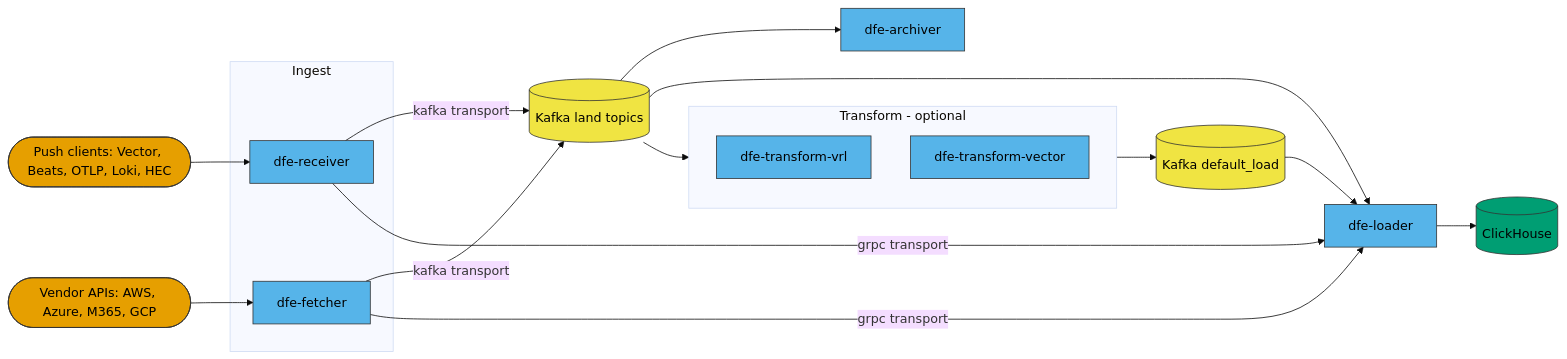
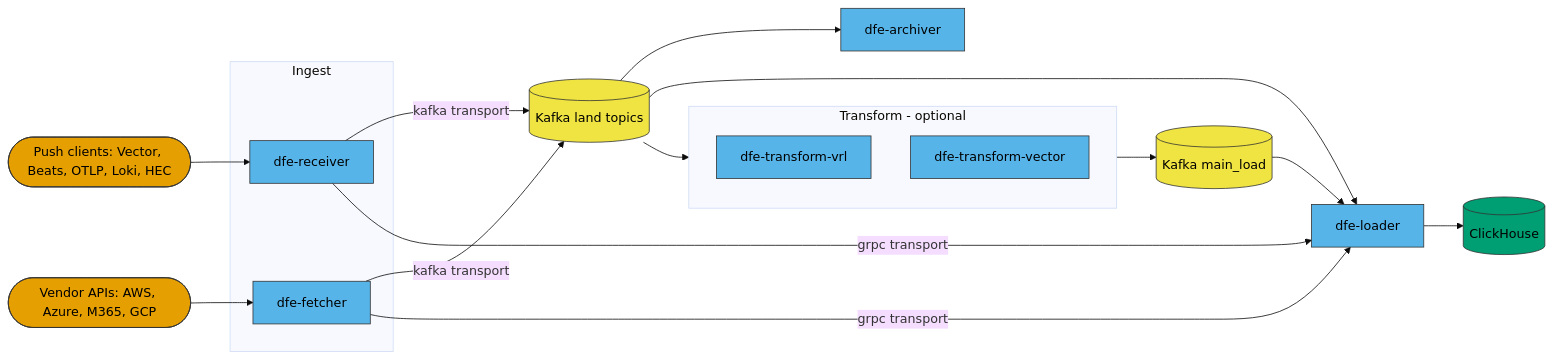
The first of 4 diagrams in docs/architecture.md (hyperi-io/dfe-docker), drawn with Mermaid (base theme) before and after one commit. The commit also changed other lines of this file and 31 other files, not shown here.

````diff
--- a/docs/architecture.md
+++ b/docs/architecture.md
@@ -25,40 +25,40 @@
 ```mermaid
 flowchart LR
     classDef ext fill:#E69F00,stroke:#333333,color:#000000
     classDef dfe fill:#56B4E9,stroke:#333333,color:#000000
     classDef store fill:#009E73,stroke:#333333,color:#000000
     classDef broker fill:#F0E442,stroke:#333333,color:#000000
 
     push(["Push clients: Vector, Beats, OTLP, Loki, HEC"]):::ext
     api(["Vendor APIs: AWS, Azure, M365, GCP"]):::ext
 
     subgraph ingest [Ingest]
         receiver["dfe-receiver"]:::dfe
         fetcher["dfe-fetcher"]:::dfe
     end
 
     land[(Kafka land topics)]:::broker
 
     subgraph xform [Transform - optional]
         vrl["dfe-transform-vrl"]:::dfe
         vector["dfe-transform-vector"]:::dfe
     end
 
-    load[(Kafka default_load)]:::broker
+    load[(Kafka main_load)]:::broker
     archiver["dfe-archiver"]:::dfe
     loader["dfe-loader"]:::dfe
     ch[(ClickHouse)]:::store
 
     push --> receiver
     api --> fetcher
     receiver -->|kafka transport| land
     fetcher -->|kafka transport| land
     receiver -->|grpc transport| loader
     fetcher -->|grpc transport| loader
     land --> archiver
     land --> loader
     land --> xform
     xform --> load
     load --> loader
     loader --> ch
 ```
````
